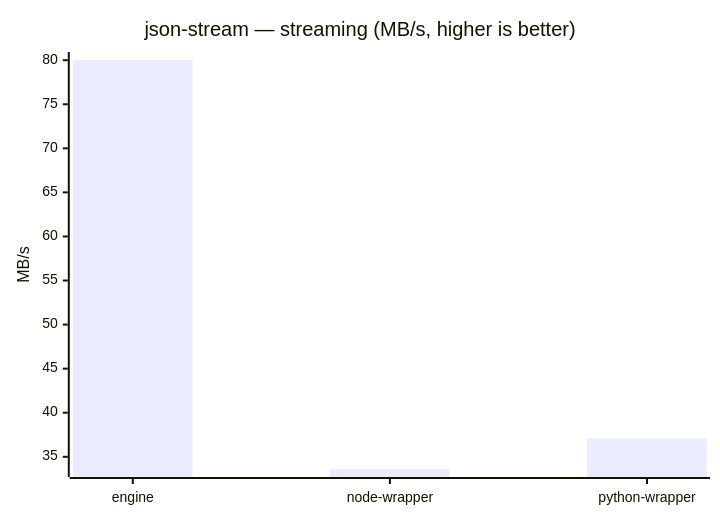
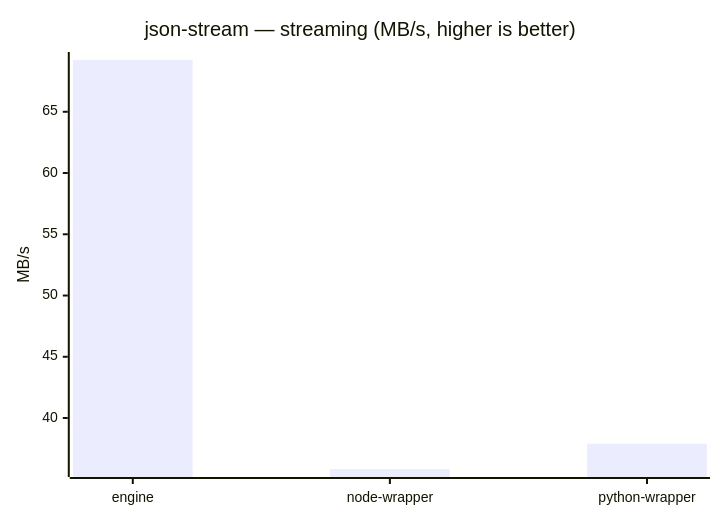
One commit to mulesoft/data-weave-cli changed diagram 13 of 23 in benchmarks/report/RESULTS.md. Above: the diagram before and after it, drawn with Mermaid. The commit also changed other lines of this file, not shown here.

````diff
--- a/benchmarks/report/RESULTS.md
+++ b/benchmarks/report/RESULTS.md
@@ -150,7 +150,7 @@
 ```mermaid
 xychart-beta
     title "json-stream — streaming (MB/s, higher is better)"
     x-axis ["engine", "node-wrapper", "python-wrapper"]
     y-axis "MB/s"
-    bar [80.021, 33.614, 37.082]
+    bar [69.226, 35.839, 37.904]
 ```
````
